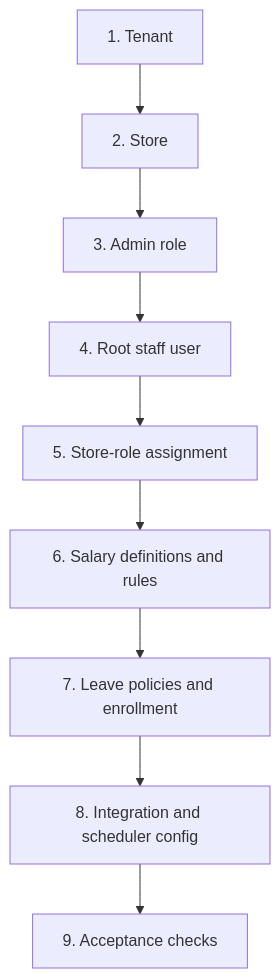
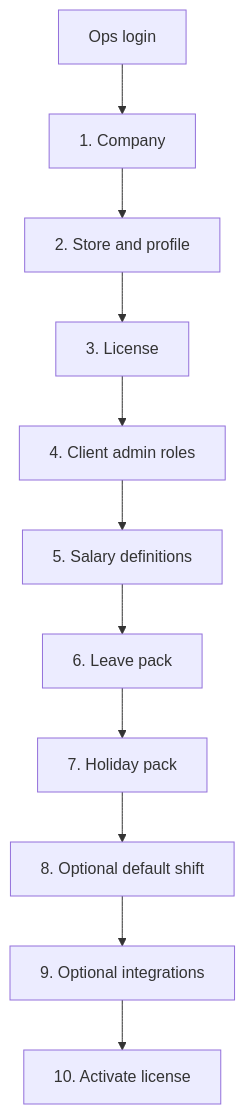
One commit to tech-respark/payroll-frontend changed the diagram in docs/operations/tenant-onboarding.md. Above: the diagram before and after it, drawn with Mermaid. The commit also changed other lines of this file and 114 other files, not shown here.

````diff
--- a/docs/operations/tenant-onboarding.md
+++ b/docs/operations/tenant-onboarding.md
@@ -18,11 +18,13 @@
 ```mermaid
 flowchart TD
-    Tenant[1. Tenant] --> Store[2. Store]
-    Store --> Role[3. Admin role]
-    Role --> User[4. Root staff user]
-    User --> Assignment[5. Store-role assignment]
-    Assignment --> Salary[6. Salary definitions and rules]
-    Salary --> Leave[7. Leave policies and enrollment]
-    Leave --> Integration[8. Integration and scheduler config]
-    Integration --> Acceptance[9. Acceptance checks]
+    OpsLogin[Ops login] --> Company[1. Company]
+    Company --> Store[2. Store and profile]
+    Store --> License[3. License]
+    License --> Admin[4. Client admin roles]
+    Admin --> Salary[5. Salary definitions]
+    Salary --> Leave[6. Leave pack]
+    Leave --> Holiday[7. Holiday pack]
+    Holiday --> Shift[8. Optional default shift]
+    Shift --> Integration[9. Optional integrations]
+    Integration --> Activate[10. Activate license]
 ```
````
